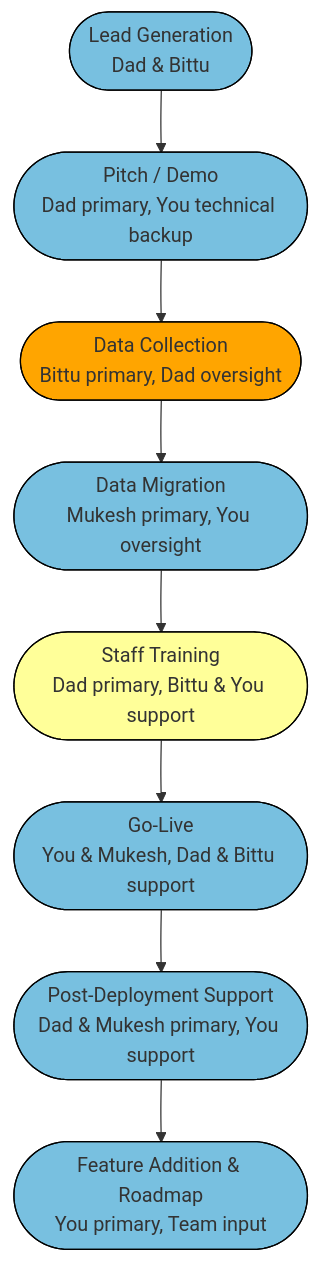
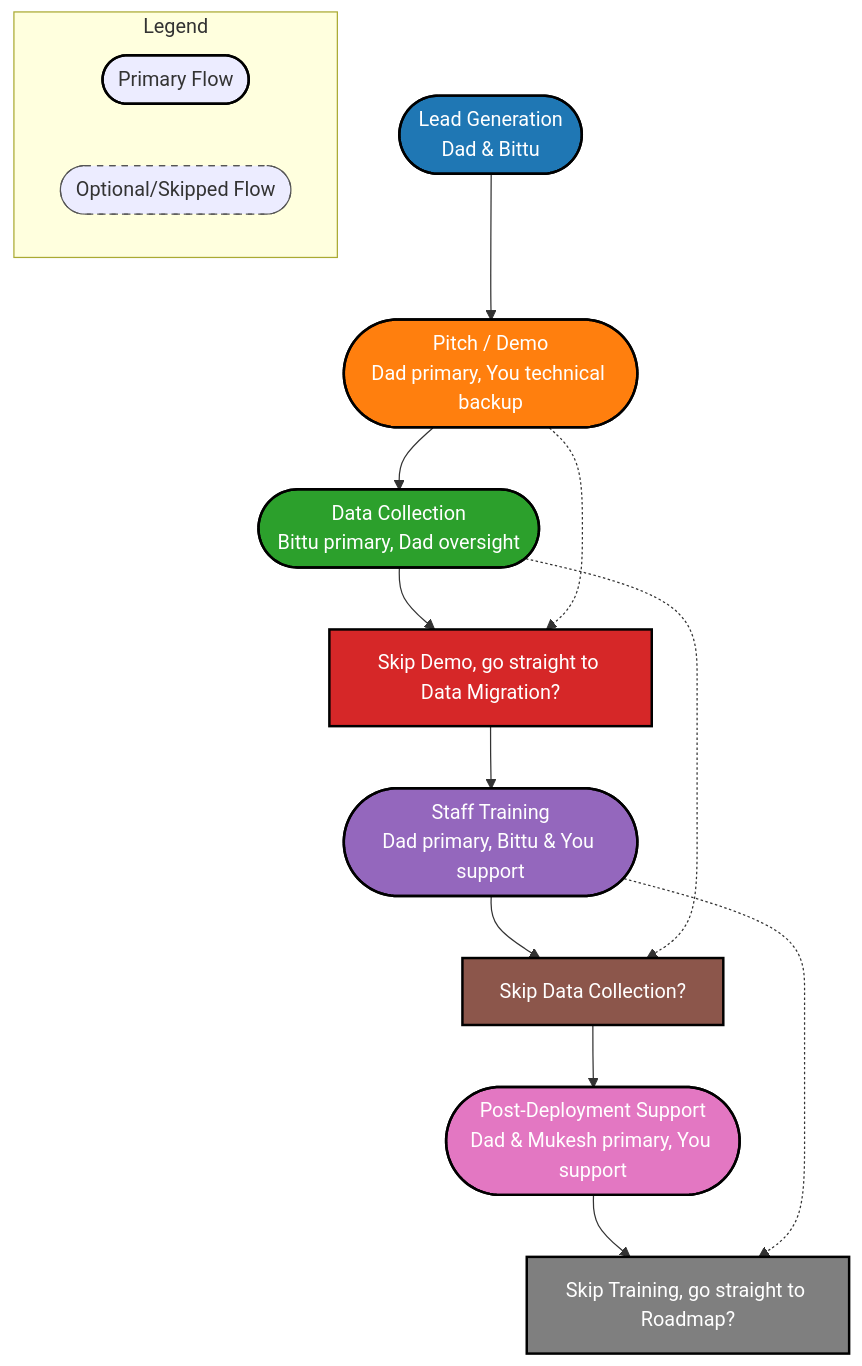
The diagram in master-flow.md (AdityaNarayan29/masstCampus), drawn with Mermaid before and after one commit. The commit also changed other lines of this file, not shown here.

Commit message:
feat: flow updates

````diff
--- a/master-flow.md
+++ b/master-flow.md
@@ -103,28 +103,45 @@
 ```mermaid
 flowchart TD
-    style A fill:#78C0E0,stroke:#000,stroke-width:1px
-    style B fill:#78C0E0,stroke:#000,stroke-width:1px
-    style C fill:#FFA500,stroke:#000,stroke-width:1px
-    style D fill:#78C0E0,stroke:#000,stroke-width:1px
-    style E fill:#FFFF99,stroke:#000,stroke-width:1px
-    style F fill:#78C0E0,stroke:#000,stroke-width:1px
-    style G fill:#78C0E0,stroke:#000,stroke-width:1px
-    style H fill:#78C0E0,stroke:#000,stroke-width:1px
+    %% Node styles with high contrast
+    style A fill:#1F77B4,stroke:#000,stroke-width:2px,color:#fff
+    style B fill:#FF7F0E,stroke:#000,stroke-width:2px,color:#fff
+    style C fill:#2CA02C,stroke:#000,stroke-width:2px,color:#fff
+    style D fill:#D62728,stroke:#000,stroke-width:2px,color:#fff
+    style E fill:#9467BD,stroke:#000,stroke-width:2px,color:#fff
+    style F fill:#8C564B,stroke:#000,stroke-width:2px,color:#fff
+    style G fill:#E377C2,stroke:#000,stroke-width:2px,color:#fff
+    style H fill:#7F7F7F,stroke:#000,stroke-width:2px,color:#fff
 
+    %% Nodes
     A([Lead Generation<br>Dad & Bittu])
     B([Pitch / Demo<br>Dad primary, You technical backup])
     C([Data Collection<br>Bittu primary, Dad oversight])
     D([Data Migration<br>Mukesh primary, You oversight])
     E([Staff Training<br>Dad primary, Bittu & You support])
     F([Go-Live<br>You & Mukesh, Dad & Bittu support])
     G([Post-Deployment Support<br>Dad & Mukesh primary, You support])
     H([Feature Addition & Roadmap<br>You primary, Team input])
 
+    %% Main Flow
     A --> B
     B --> C
     C --> D
     D --> E
     E --> F
     F --> G
     G --> H
+
+    %% Alternative / skipped flows (dashed)
+    B -.-> D["Skip Demo, go straight to Data Migration?"]
+    C -.-> F["Skip Data Collection?"]
+    E -.-> H["Skip Training, go straight to Roadmap?"]
+
+    %% Legend (optional)
+    subgraph Legend
+        L1([Primary Flow]):::solid
+        L2([Optional/Skipped Flow]):::dashed
+    end
+
+    classDef solid stroke-width:2px,stroke:#000;
+    classDef dashed stroke-dasharray: 5 5,stroke:#555;
 ```
````
